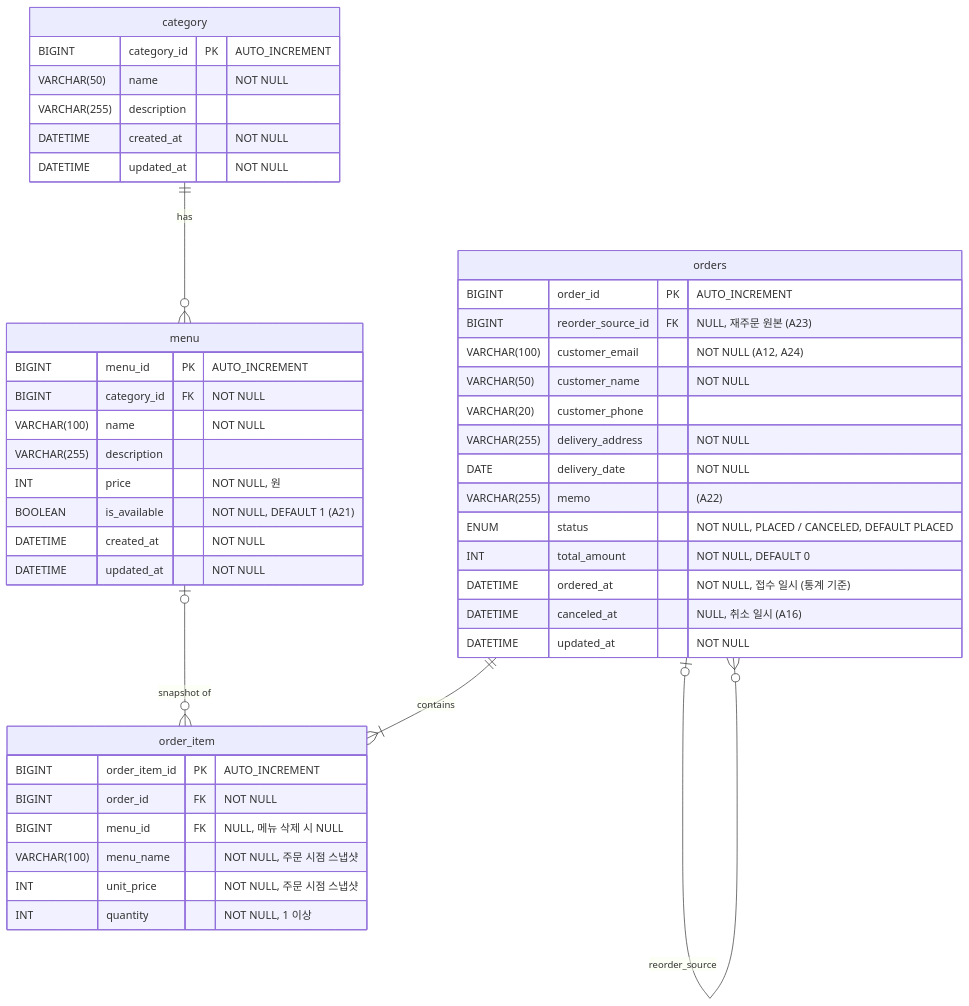
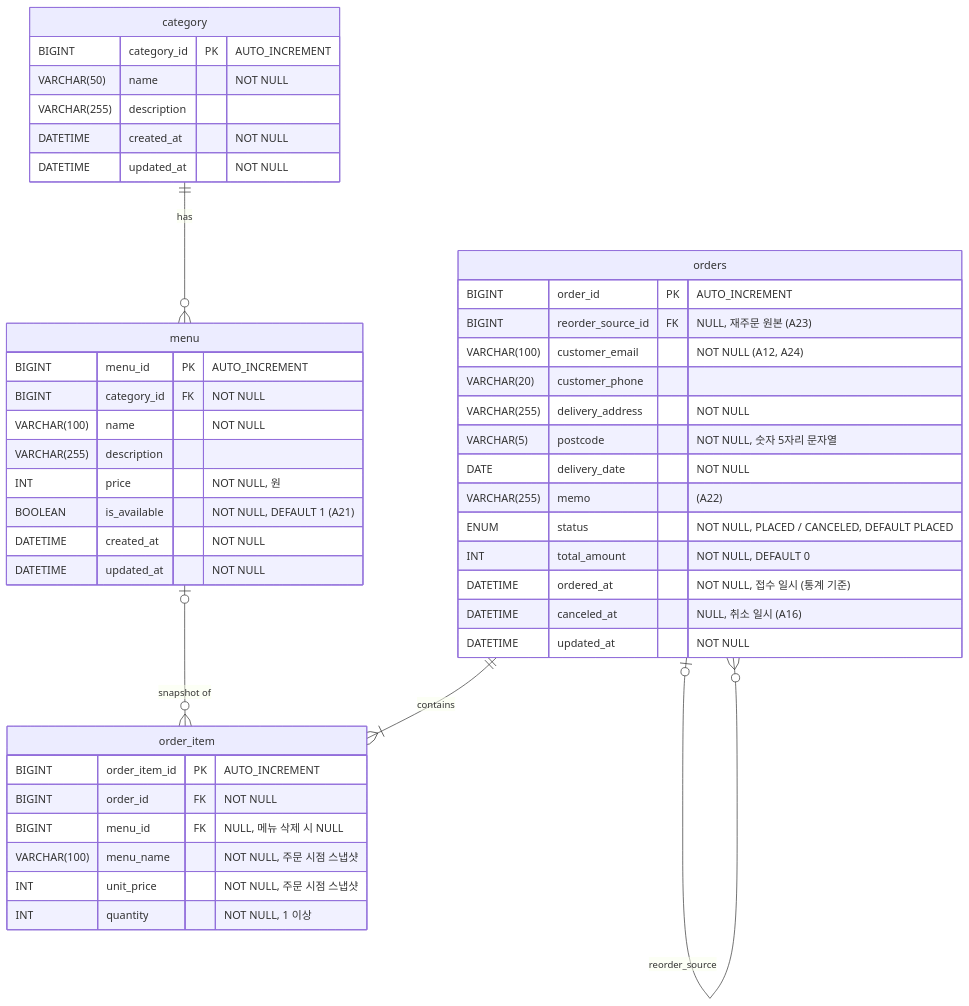
Before and after one commit to prgrms-be-devcourse/NBE13-15-1-team04: the diagram in docs/ERD.md, drawn with Mermaid. The commit also changed 6 other files, not shown here.

````diff
--- a/docs/ERD.md
+++ b/docs/ERD.md
@@ -5,51 +5,51 @@
 ```mermaid
 erDiagram
     category ||--o{ menu : "has"
     orders ||--|{ order_item : "contains"
     menu |o--o{ order_item : "snapshot of"
     orders |o--o{ orders : "reorder_source"
 
     category {
         BIGINT category_id PK "AUTO_INCREMENT"
         VARCHAR(50) name "NOT NULL"
         VARCHAR(255) description
         DATETIME created_at "NOT NULL"
         DATETIME updated_at "NOT NULL"
     }
 
     menu {
         BIGINT menu_id PK "AUTO_INCREMENT"
         BIGINT category_id FK "NOT NULL"
         VARCHAR(100) name "NOT NULL"
         VARCHAR(255) description
         INT price "NOT NULL, 원"
         BOOLEAN is_available "NOT NULL, DEFAULT 1 (A21)"
         DATETIME created_at "NOT NULL"
         DATETIME updated_at "NOT NULL"
     }
 
     orders {
         BIGINT order_id PK "AUTO_INCREMENT"
         BIGINT reorder_source_id FK "NULL, 재주문 원본 (A23)"
         VARCHAR(100) customer_email "NOT NULL (A12, A24)"
-        VARCHAR(50) customer_name "NOT NULL"
         VARCHAR(20) customer_phone
         VARCHAR(255) delivery_address "NOT NULL"
+        VARCHAR(5) postcode "NOT NULL, 숫자 5자리 문자열"
         DATE delivery_date "NOT NULL"
         VARCHAR(255) memo "(A22)"
         ENUM status "NOT NULL, PLACED / CANCELED, DEFAULT PLACED"
         INT total_amount "NOT NULL, DEFAULT 0"
         DATETIME ordered_at "NOT NULL, 접수 일시 (통계 기준)"
         DATETIME canceled_at "NULL, 취소 일시 (A16)"
         DATETIME updated_at "NOT NULL"
     }
 
     order_item {
         BIGINT order_item_id PK "AUTO_INCREMENT"
         BIGINT order_id FK "NOT NULL"
         BIGINT menu_id FK "NULL, 메뉴 삭제 시 NULL"
         VARCHAR(100) menu_name "NOT NULL, 주문 시점 스냅샷"
         INT unit_price "NOT NULL, 주문 시점 스냅샷"
         INT quantity "NOT NULL, 1 이상"
     }
 ```
````
